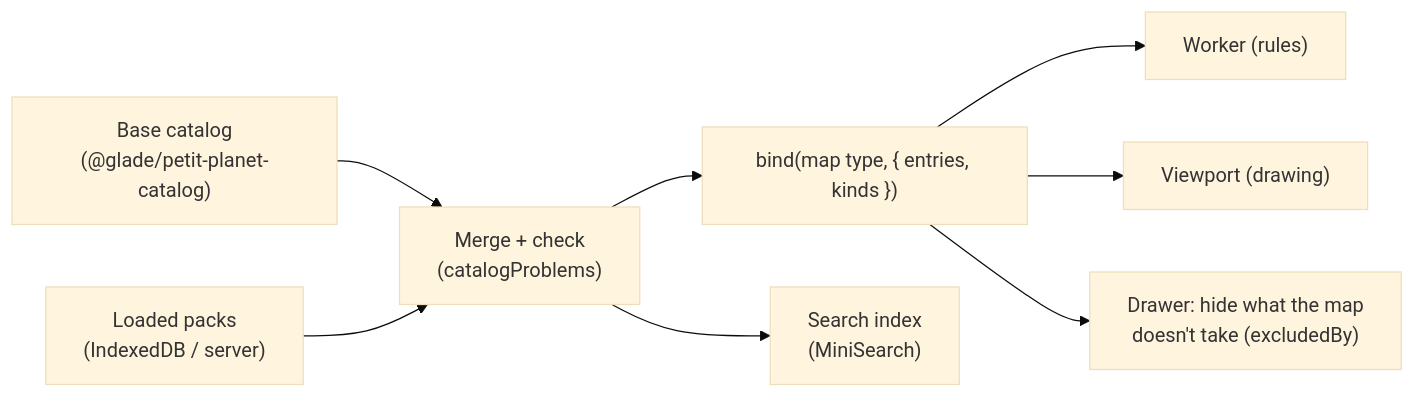
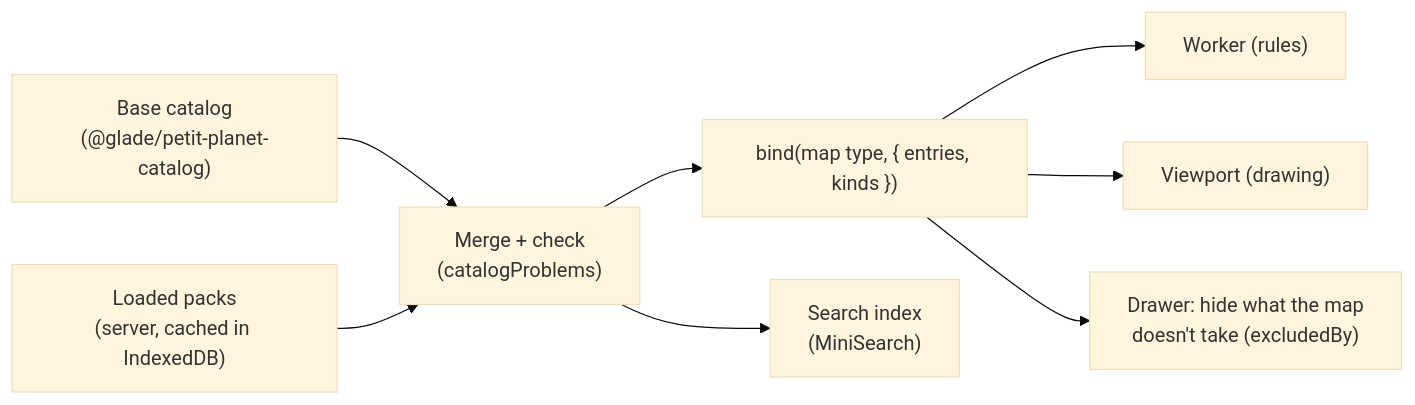
One commit to UmushiUmushi/Glade changed the third of 3 diagrams in docs/planner/internals.md. Above: the diagram before and after it, drawn with Mermaid (base theme). The commit also changed other lines of this file and 12 other files, not shown here.

````diff
--- a/docs/planner/internals.md
+++ b/docs/planner/internals.md
@@ -125,10 +125,10 @@
 ```mermaid
 flowchart LR
     Base["Base catalog<br/>(@glade/petit-planet-catalog)"] --> Merge
-    Packs["Loaded packs<br/>(IndexedDB / server)"] --> Merge
+    Packs["Loaded packs<br/>(server, cached in IndexedDB)"] --> Merge
     Merge["Merge + check<br/>(catalogProblems)"] --> Bind["bind(map type, { entries, kinds })"]
     Bind --> W["Worker (rules)"]
     Bind --> St["Viewport (drawing)"]
     Bind --> Drawer["Drawer: hide what the map<br/>doesn't take (excludedBy)"]
     Merge --> Search["Search index<br/>(MiniSearch)"]
 ```
````
